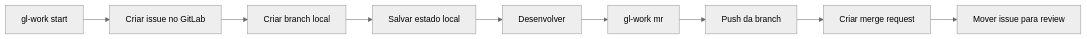
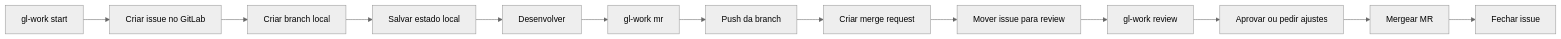
Before and after one commit to misareverberate/gitlab-flow-cli: the diagram in README.md, drawn with Mermaid (neutral theme). The commit also changed other lines of this file and 7 other files, not shown here.

````diff
--- a/README.md
+++ b/README.md
@@ -108,11 +111,15 @@
 ```mermaid
 flowchart LR
   A[gl-work start] --> B[Criar issue no GitLab]
   B --> C[Criar branch local]
   C --> D[Salvar estado local]
   D --> E[Desenvolver]
   E --> F[gl-work mr]
   F --> G[Push da branch]
   G --> H[Criar merge request]
   H --> I[Mover issue para review]
+  I --> J[gl-work review]
+  J --> K[Aprovar ou pedir ajustes]
+  K --> L[Mergear MR]
+  L --> M[Fechar issue]
 ```
````
